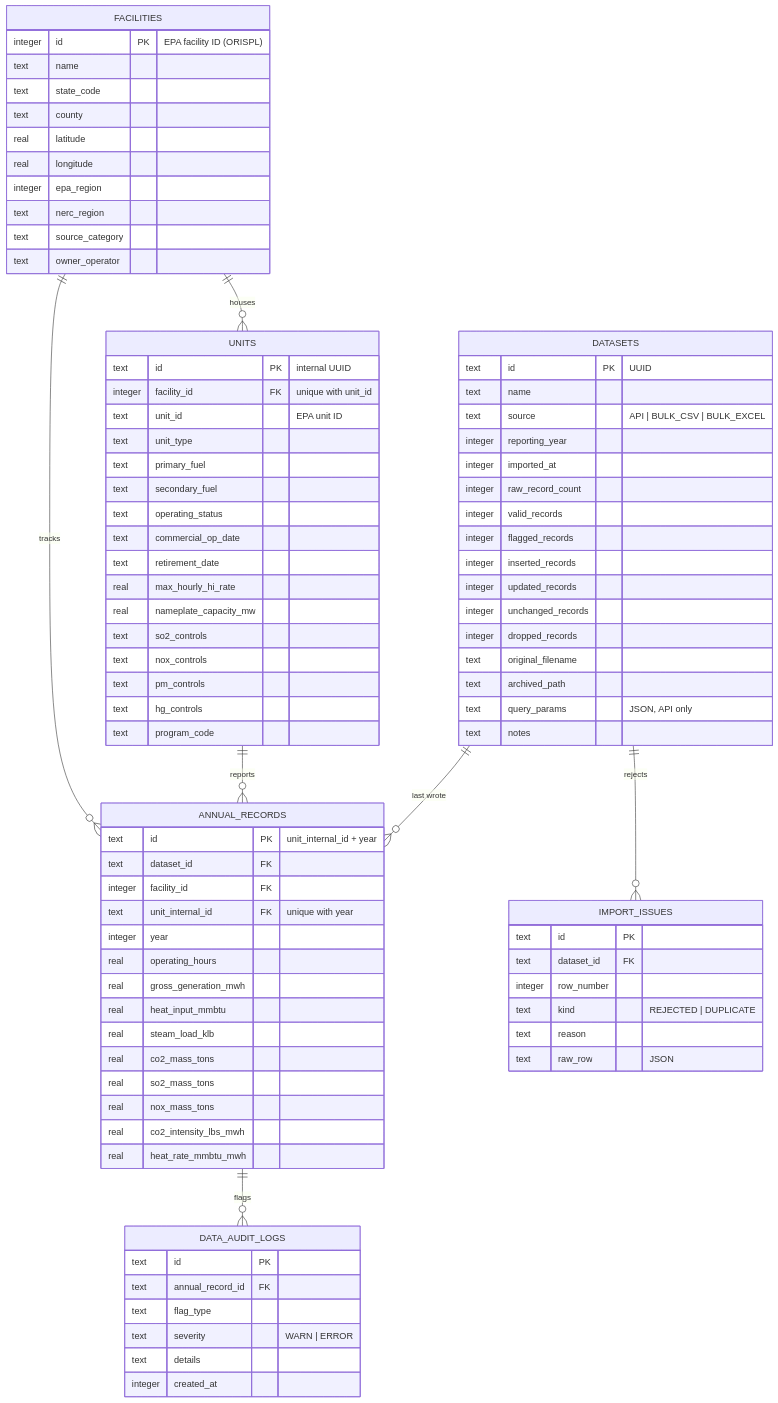
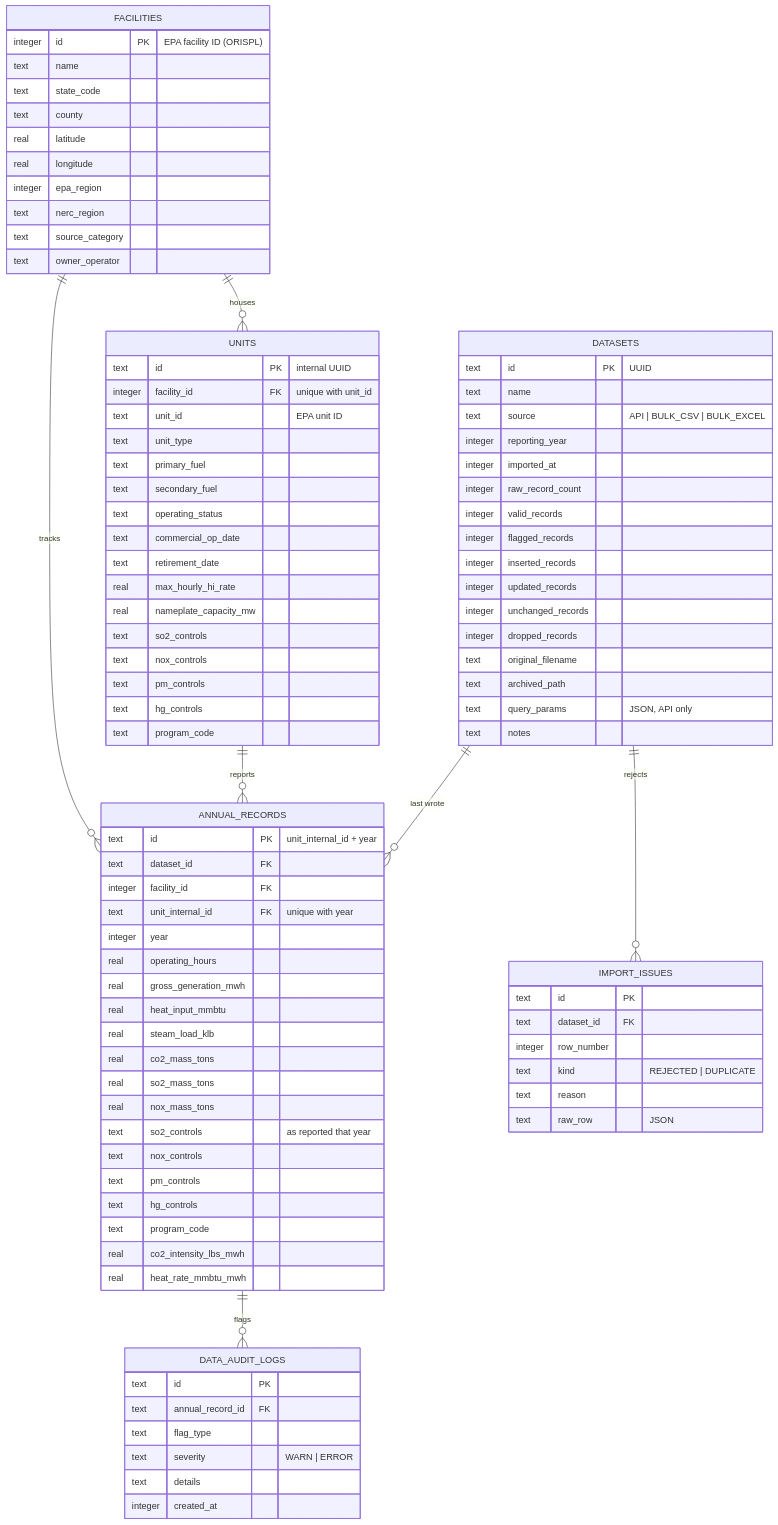
One commit to raajbanga/cs396-project changed the second of 2 diagrams in README.md. Above: the diagram before and after it, drawn with Mermaid. The commit also changed other lines of this file and 41 other files, not shown here.

First line of the commit message:
Missing-vs-zero metrics, per-year controls, transactional imports

```diff
--- a/README.md
+++ b/README.md
@@ -326,6 +329,11 @@
         real co2_mass_tons
         real so2_mass_tons
         real nox_mass_tons
+        text so2_controls "as reported that year"
+        text nox_controls
+        text pm_controls
+        text hg_controls
+        text program_code
         real co2_intensity_lbs_mwh
         real heat_rate_mmbtu_mwh
     }
```
